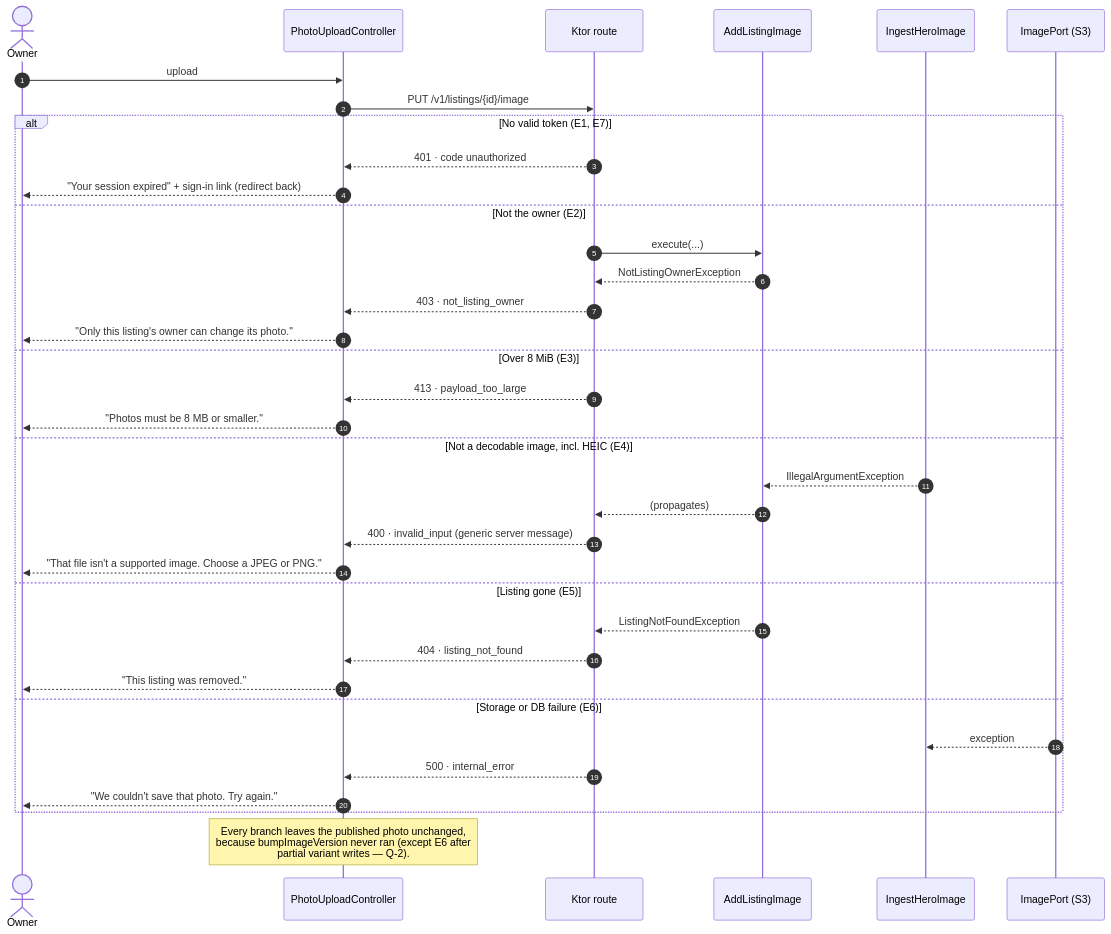
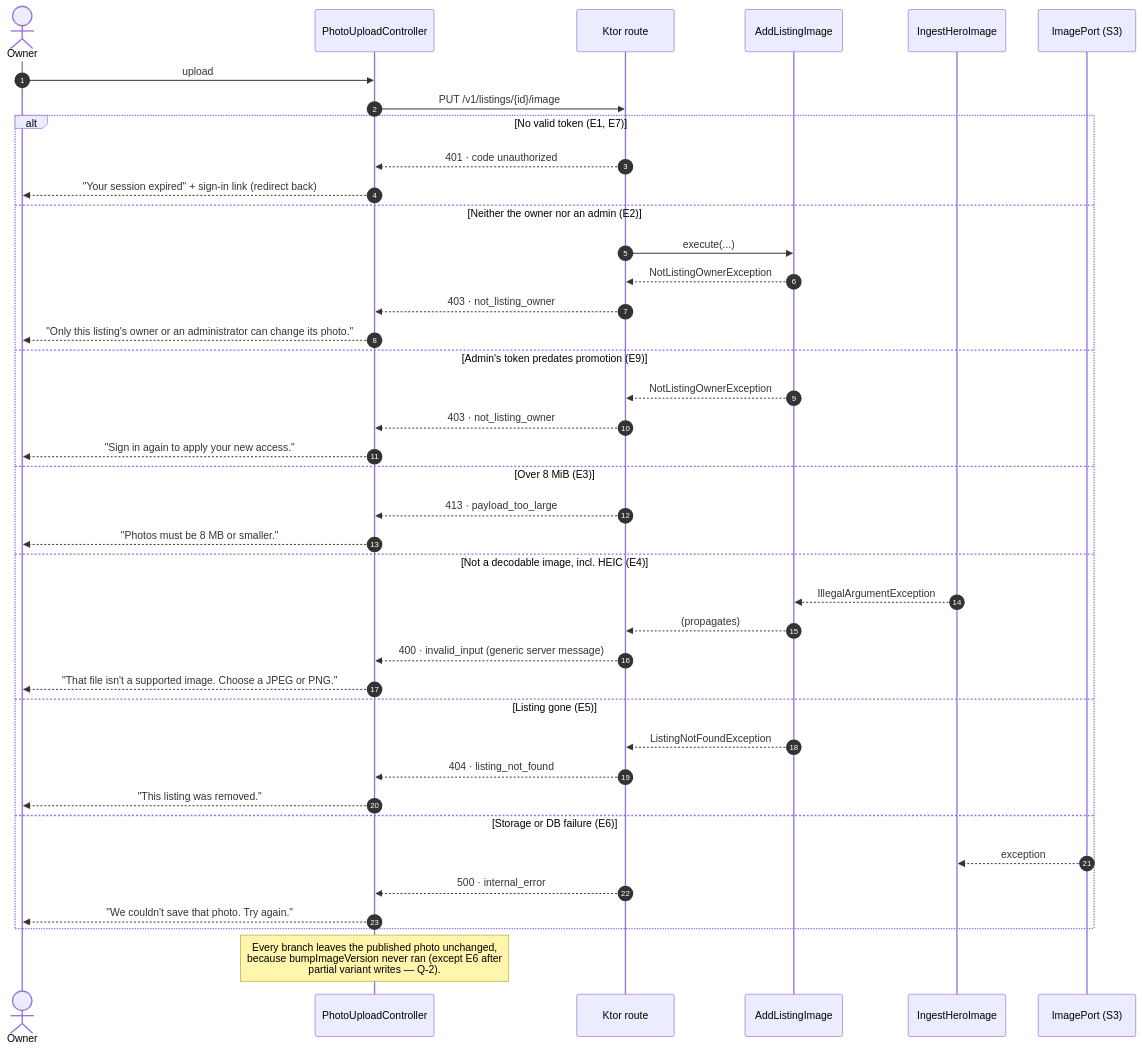
The second of 2 diagrams in docs/features/SC-205/06-whitebox/UC-01.md (Losers-Lab/tahirs-list), drawn with Mermaid before and after one commit. The commit also changed other lines of this file and 8 other files, not shown here.

````diff
--- a/docs/features/SC-205/06-whitebox/UC-01.md
+++ b/docs/features/SC-205/06-whitebox/UC-01.md
@@ -89,39 +93,43 @@
 ```mermaid
 sequenceDiagram
   autonumber
   actor RO as Owner
   participant PC as PhotoUploadController
   participant KT as Ktor route
   participant AI as AddListingImage
   participant IH as IngestHeroImage
   participant IP as ImagePort (S3)
 
   RO->>PC: upload
   PC->>KT: PUT /v1/listings/{id}/image
   alt No valid token (E1, E7)
     KT-->>PC: 401 · code unauthorized
     PC-->>RO: "Your session expired" + sign-in link (redirect back)
-  else Not the owner (E2)
+  else Neither the owner nor an admin (E2)
     KT->>AI: execute(...)
     AI-->>KT: NotListingOwnerException
     KT-->>PC: 403 · not_listing_owner
-    PC-->>RO: "Only this listing's owner can change its photo."
+    PC-->>RO: "Only this listing's owner or an administrator can change its photo."
+  else Admin's token predates promotion (E9)
+    AI-->>KT: NotListingOwnerException
+    KT-->>PC: 403 · not_listing_owner
+    PC-->>RO: "Sign in again to apply your new access."
   else Over 8 MiB (E3)
     KT-->>PC: 413 · payload_too_large
     PC-->>RO: "Photos must be 8 MB or smaller."
   else Not a decodable image, incl. HEIC (E4)
     IH-->>AI: IllegalArgumentException
     AI-->>KT: (propagates)
     KT-->>PC: 400 · invalid_input (generic server message)
     PC-->>RO: "That file isn't a supported image. Choose a JPEG or PNG."
   else Listing gone (E5)
     AI-->>KT: ListingNotFoundException
     KT-->>PC: 404 · listing_not_found
     PC-->>RO: "This listing was removed."
   else Storage or DB failure (E6)
     IP-->>IH: exception
     KT-->>PC: 500 · internal_error
     PC-->>RO: "We couldn't save that photo. Try again."
   end
   Note over PC: Every branch leaves the published photo unchanged,<br/>because bumpImageVersion never ran (except E6 after<br/>partial variant writes — Q-2).
 ```
````
